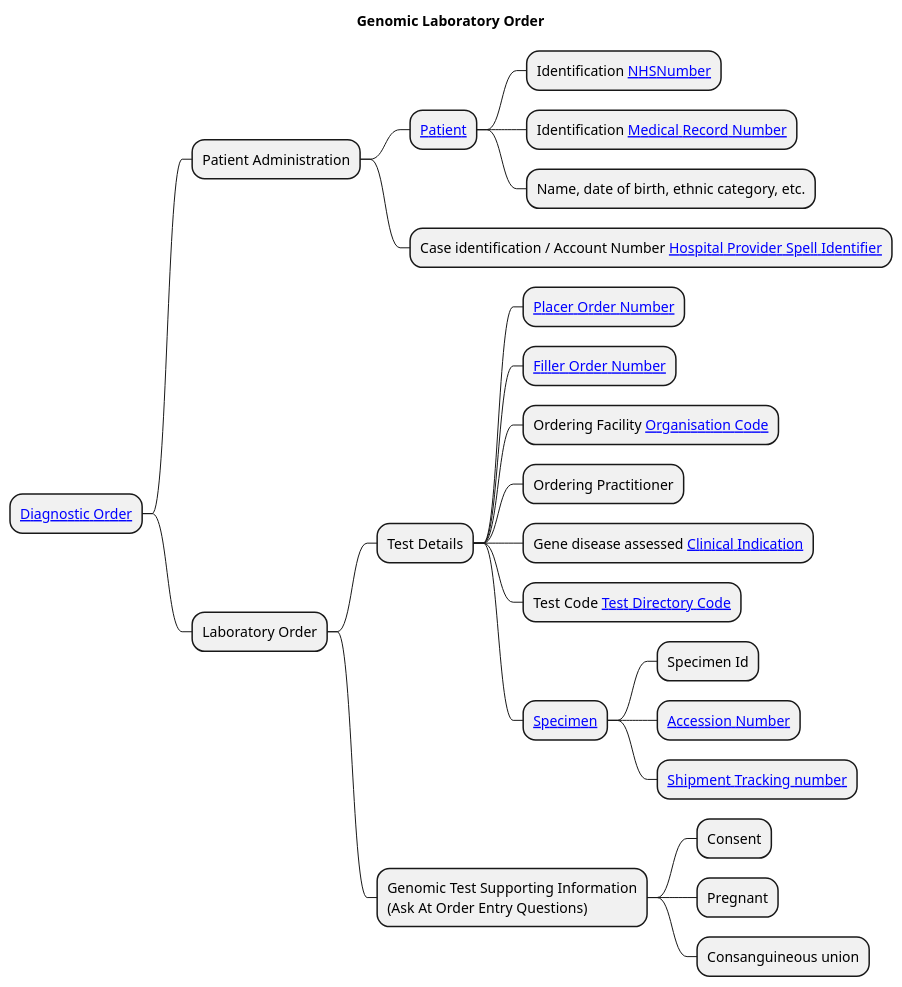
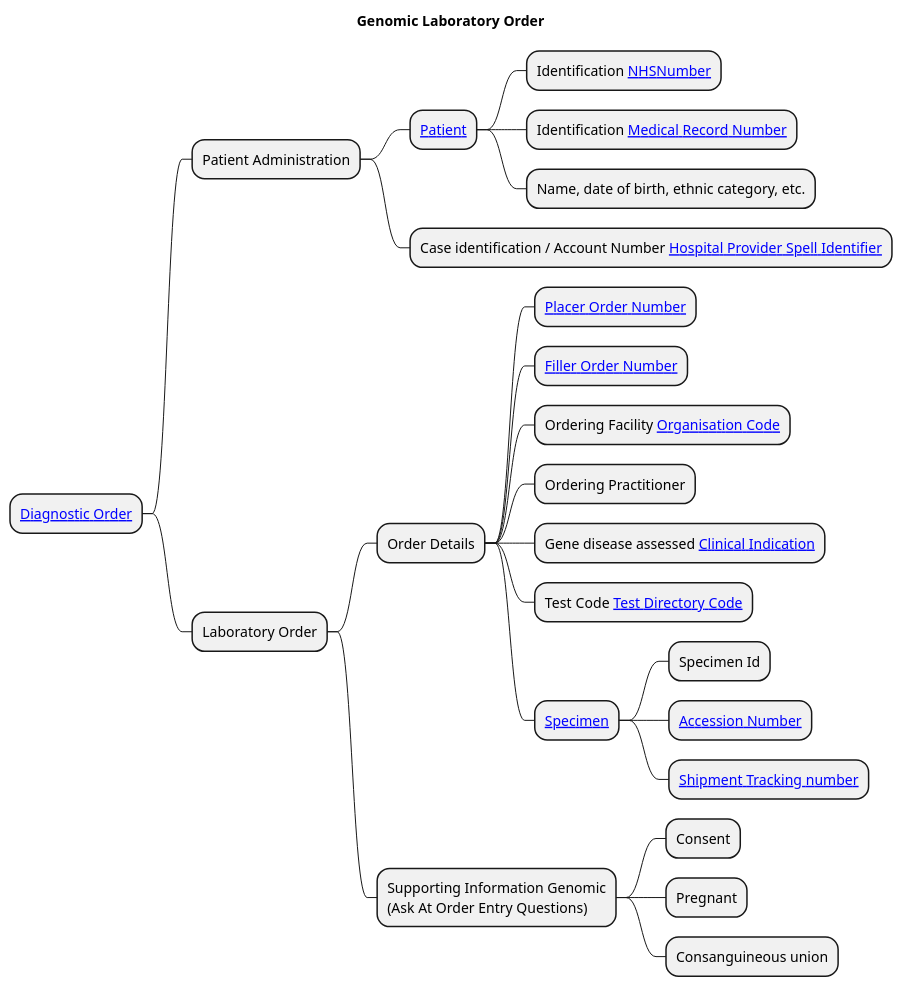
One commit to uk-gov-mirror/nw-gmsa.nw-gmsa.github.com changed the diagram in input/images-source/Laboratory-Order-mindmap.plantuml. Above: the diagram before and after it, drawn with PlantUML. The commit also changed 1 other file, not shown here.

```diff
--- a/input/images-source/Laboratory-Order-mindmap.plantuml
+++ b/input/images-source/Laboratory-Order-mindmap.plantuml
@@ -1,29 +1,29 @@
 @startmindmap
 
 title "Genomic Laboratory Order"
 
 * [[StructureDefinition-ServiceRequest.html Diagnostic Order]]
 ** Patient Administration
 *** [[StructureDefinition-Patient.html Patient]]
 **** Identification [[StructureDefinition-NHSNumber.html NHSNumber]]
 **** Identification [[StructureDefinition-MedicalRecordNumber.html Medical Record Number]]
 **** Name, date of birth, ethnic category, etc.
 *** Case identification / Account Number [[StructureDefinition-HospitalProviderSpellIdentifier.html Hospital Provider Spell Identifier]]
 ** Laboratory Order
-*** Test Details
+*** Order Details
 **** [[StructureDefinition-PlacerOrderNumber.html Placer Order Number]]
 **** [[StructureDefinition-FillerOrderNumber.html Filler Order Number]]
 **** Ordering Facility [[StructureDefinition-OrganisationCode.html Organisation Code]]
 **** Ordering Practitioner
 **** Gene disease assessed [[CodeSystem-GenomicClinicalIndication.html Clinical Indication]]
 **** Test Code [[CodeSystem-GenomicTestCode.html Test Directory Code]]
 **** [[StructureDefinition-Specimen.html Specimen]]
 ***** Specimen Id
 ***** [[StructureDefinition-AccessionNumber.html Accession Number]]
 ***** [[StructureDefinition-ShipmentTrackingNumber.html Shipment Tracking number]]
-*** Genomic Test Supporting Information\n(Ask At Order Entry Questions)
+*** Supporting Information Genomic\n(Ask At Order Entry Questions)
 **** Consent
 **** Pregnant
 **** Consanguineous union
 
 @endmindmap
```
